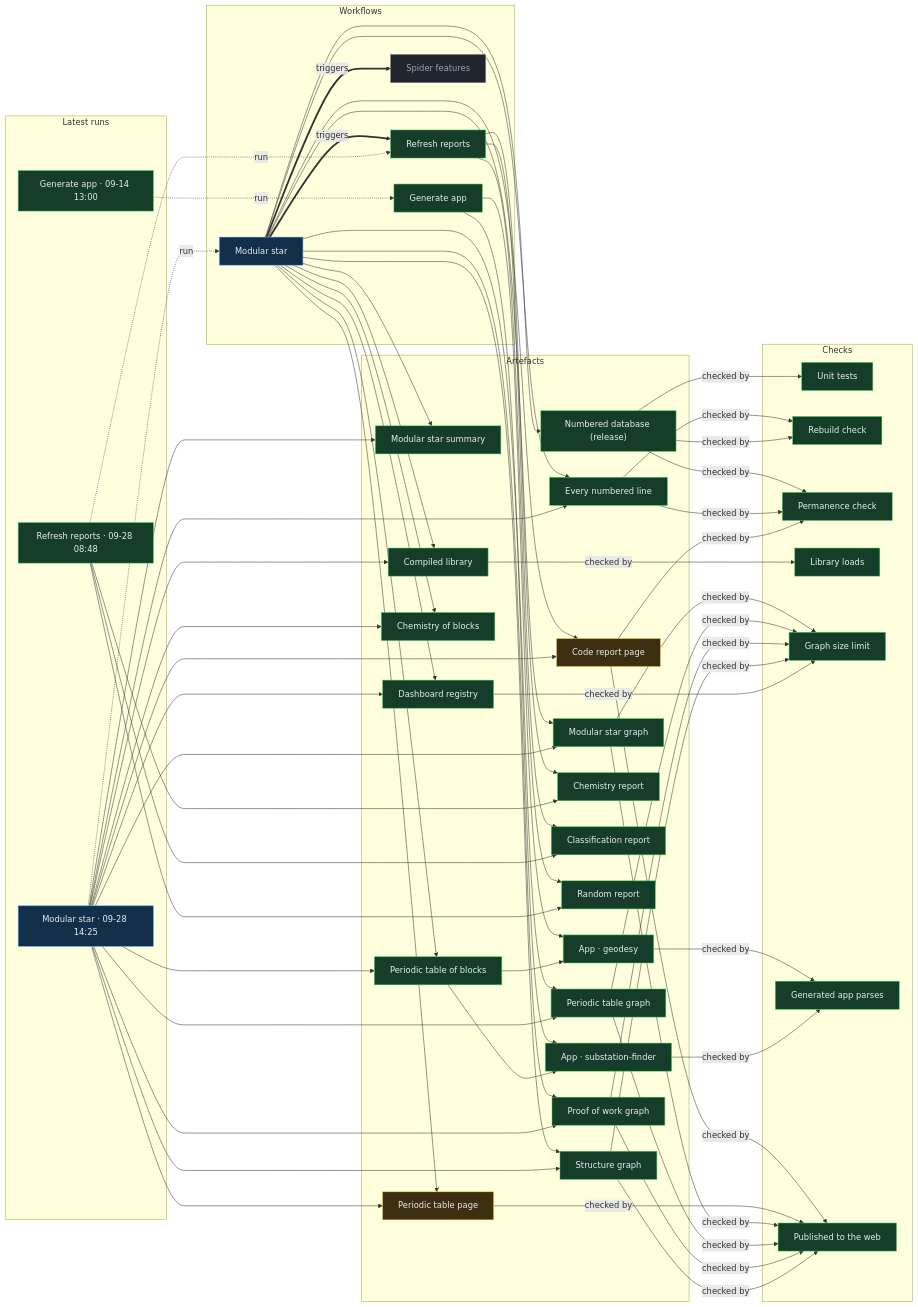
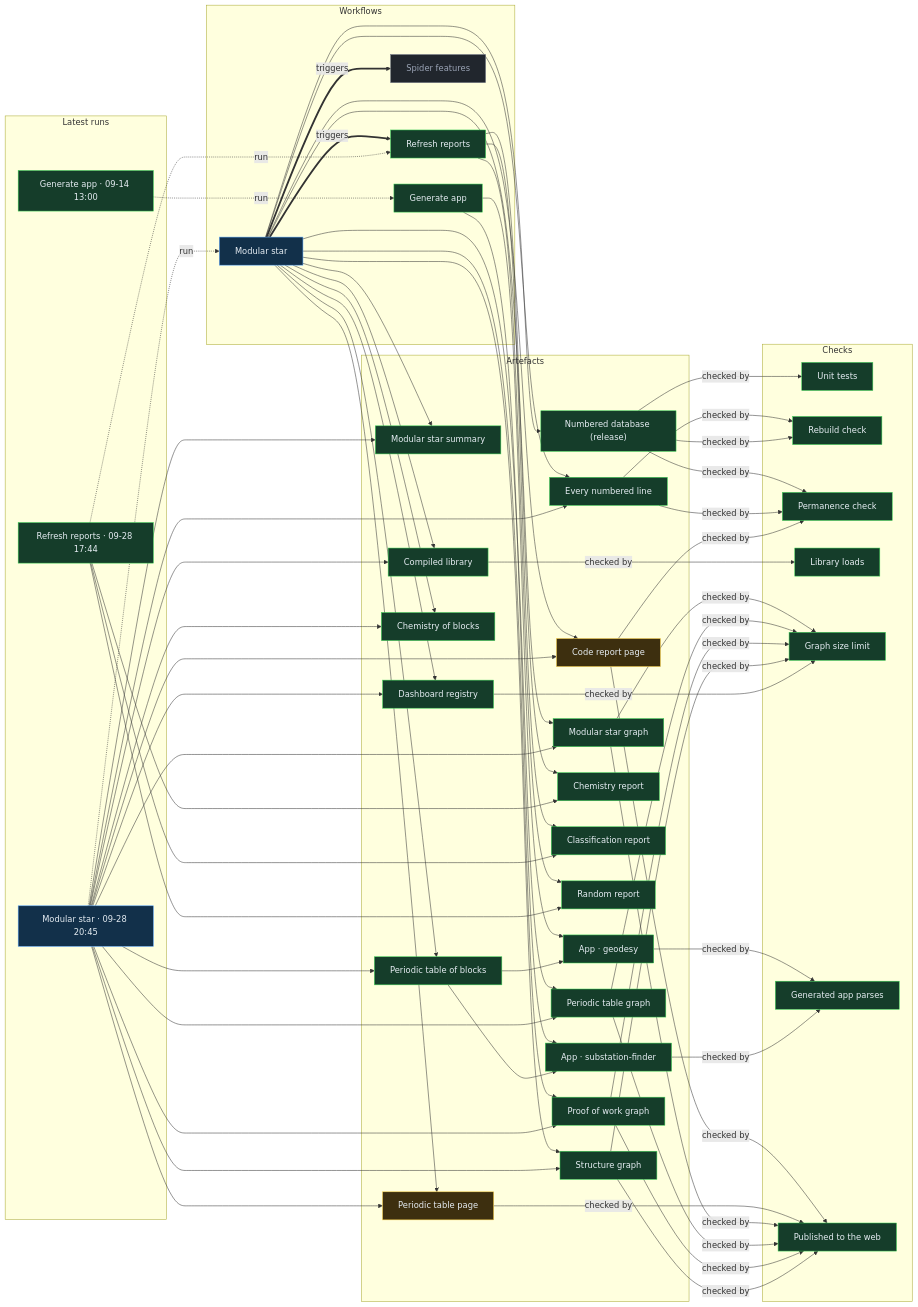
Before and after one commit to Ventusltd/stars: the diagram in proof/PROOF.md, drawn with Mermaid. The commit also changed other lines of this file and 135 other files, not shown here.

Commit message:
Modular star 2026-09-28T20:47Z

```diff
--- a/proof/PROOF.md
+++ b/proof/PROOF.md
@@ -24,8 +24,8 @@
   n_wf_spider_features["Spider features"]:::off
   end
   subgraph g_runs["Latest runs"]
-  n_run_36435811703["Modular star · 09-28 14:25"]:::live
-  n_run_36399574930["Refresh reports · 09-28 08:48"]:::ok
+  n_run_36481425373["Modular star · 09-28 20:45"]:::live
+  n_run_36460212091["Refresh reports · 09-28 17:44"]:::ok
   n_run_34846587798["Generate app · 09-14 13:00"]:::ok
   end
   subgraph g_artefacts["Artefacts"]
@@ -59,39 +59,39 @@
   end
   n_wf_modular_star == triggers ==> n_wf_refresh
   n_wf_modular_star == triggers ==> n_wf_spider_features
-  n_run_36435811703 -. run .-> n_wf_modular_star
-  n_run_36399574930 -. run .-> n_wf_refresh
+  n_run_36481425373 -. run .-> n_wf_modular_star
+  n_run_36460212091 -. run .-> n_wf_refresh
   n_run_34846587798 -. run .-> n_wf_generate
   n_wf_modular_star --> n_art_summary
-  n_run_36435811703 --> n_art_summary
+  n_run_36481425373 --> n_art_summary
   n_wf_modular_star --> n_art_lines
-  n_run_36435811703 --> n_art_lines
+  n_run_36481425373 --> n_art_lines
   n_wf_modular_star --> n_art_code
-  n_run_36435811703 --> n_art_code
+  n_run_36481425373 --> n_art_code
   n_wf_modular_star --> n_art_modular_graph
-  n_run_36435811703 --> n_art_modular_graph
+  n_run_36481425373 --> n_art_modular_graph
   n_wf_modular_star --> n_art_blocks
-  n_run_36435811703 --> n_art_blocks
+  n_run_36481425373 --> n_art_blocks
   n_wf_modular_star --> n_art_table
-  n_run_36435811703 --> n_art_table
+  n_run_36481425373 --> n_art_table
   n_wf_modular_star --> n_art_blocks_graph
-  n_run_36435811703 --> n_art_blocks_graph
+  n_run_36481425373 --> n_art_blocks_graph
   n_wf_modular_star --> n_art_reactions
-  n_run_36435811703 --> n_art_reactions
+  n_run_36481425373 --> n_art_reactions
   n_wf_modular_star --> n_art_library
-  n_run_36435811703 --> n_art_library
+  n_run_36481425373 --> n_art_library
   n_wf_modular_star --> n_art_features
-  n_run_36435811703 --> n_art_features
+  n_run_36481425373 --> n_art_features
   n_wf_modular_star --> n_art_proof
-  n_run_36435811703 --> n_art_proof
+  n_run_36481425373 --> n_art_proof
   n_wf_modular_star --> n_art_structure
-  n_run_36435811703 --> n_art_structure
+  n_run_36481425373 --> n_art_structure
   n_wf_refresh --> n_art_chemistry
-  n_run_36399574930 --> n_art_chemistry
+  n_run_36460212091 --> n_art_chemistry
   n_wf_refresh --> n_art_vedic
-  n_run_36399574930 --> n_art_vedic
+  n_run_36460212091 --> n_art_vedic
   n_wf_refresh --> n_art_random
-  n_run_36399574930 --> n_art_random
+  n_run_36460212091 --> n_art_random
   n_wf_modular_star --> n_art_release
   n_wf_generate --> n_app_geodesy
   n_art_blocks --> n_app_geodesy
```
